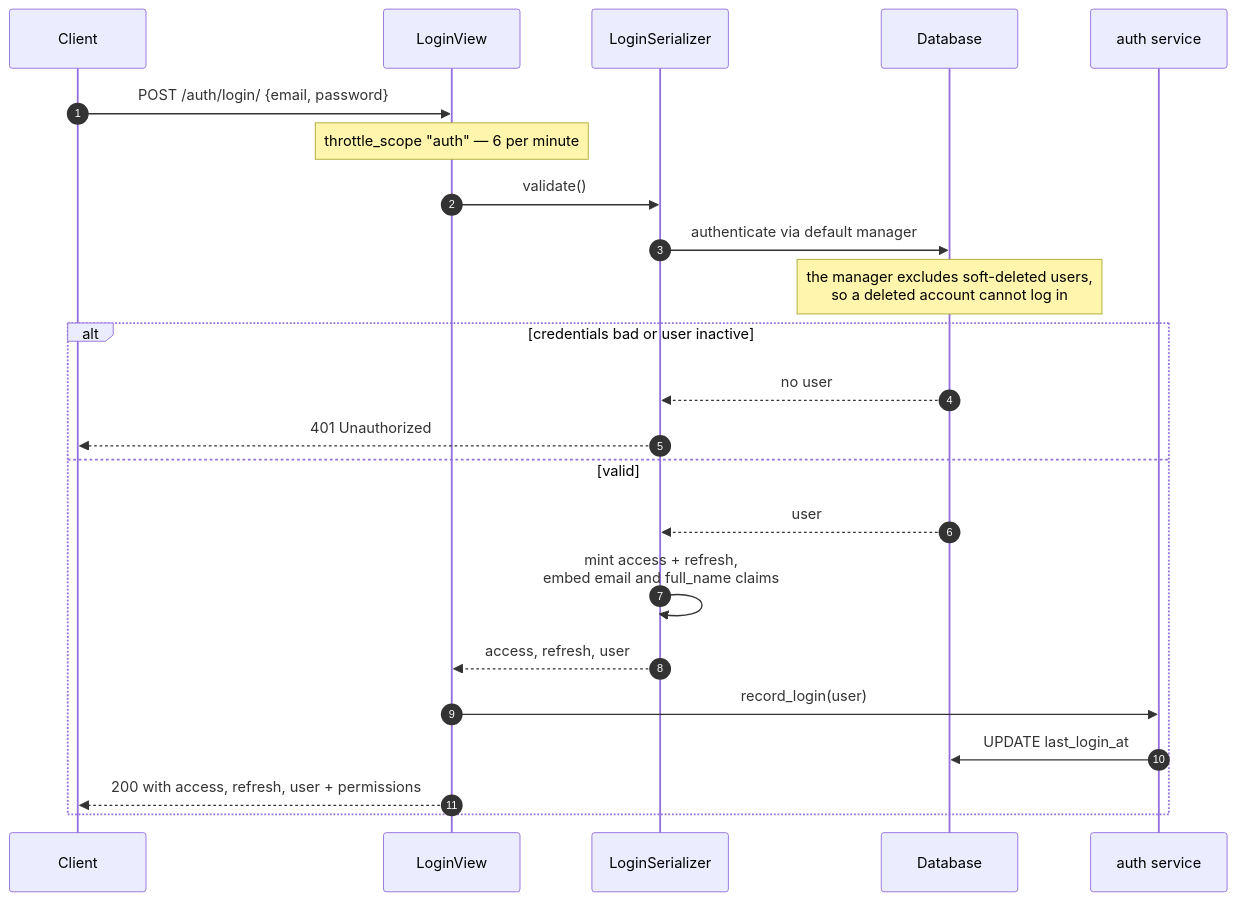
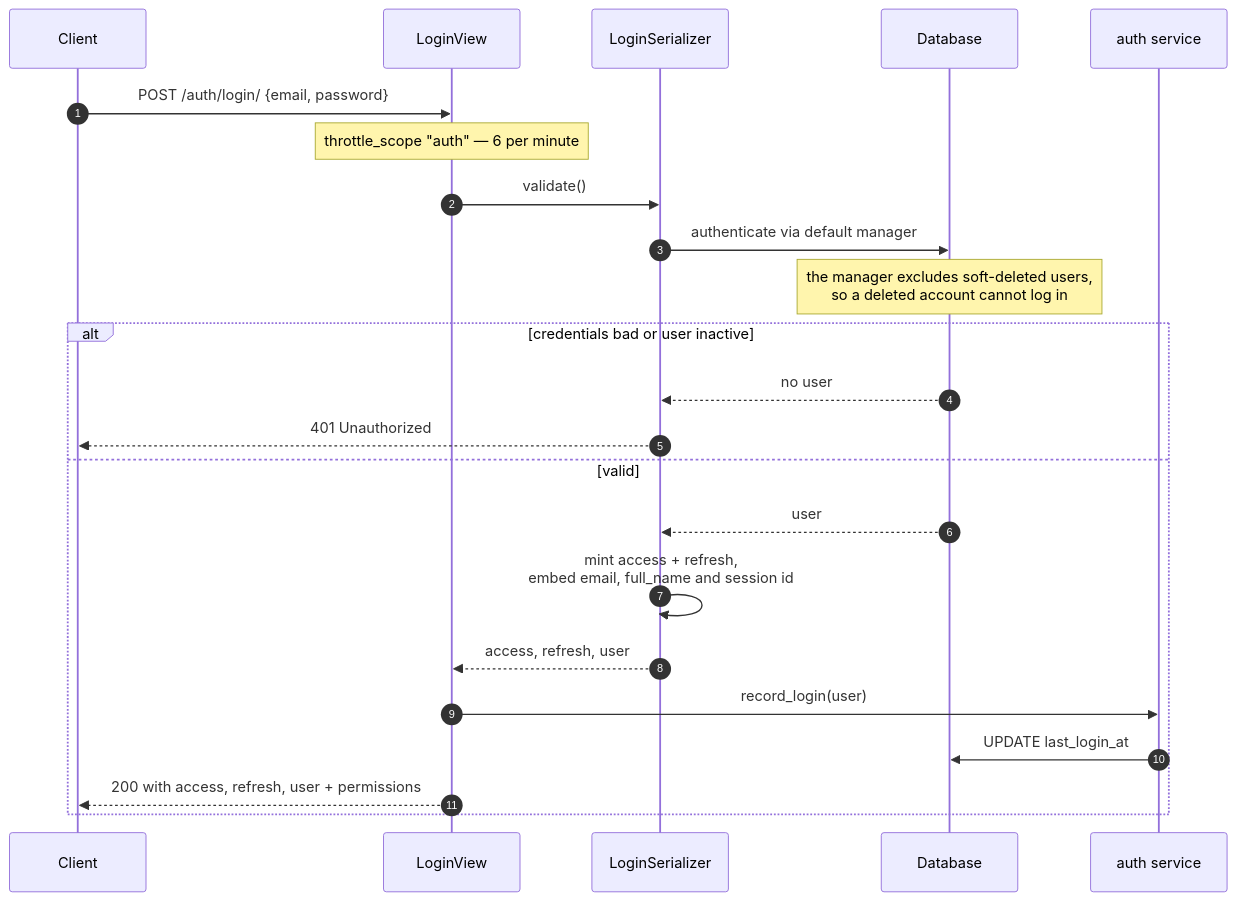
Before and after one commit to TGCTZ/TGC-SERVICE-BACKEND: the second of 8 diagrams in docs/diagrams/authentication.md, drawn with Mermaid. The commit also changed other lines of this file and 28 other files, not shown here.

````diff
--- a/docs/diagrams/authentication.md
+++ b/docs/diagrams/authentication.md
@@ -29,26 +29,26 @@
 ```mermaid
 sequenceDiagram
     autonumber
     participant C as Client
     participant V as LoginView
     participant S as LoginSerializer
     participant DB as Database
     participant A as auth service
 
     C->>V: POST /auth/login/ {email, password}
     Note over V: throttle_scope "auth" — 6 per minute
     V->>S: validate()
     S->>DB: authenticate via default manager
     Note over DB: the manager excludes soft-deleted users,<br/>so a deleted account cannot log in
     alt credentials bad or user inactive
         DB-->>S: no user
         S-->>C: 401 Unauthorized
     else valid
         DB-->>S: user
-        S->>S: mint access + refresh,<br/>embed email and full_name claims
+        S->>S: mint access + refresh,<br/>embed email, full_name and session id
         S-->>V: access, refresh, user
         V->>A: record_login(user)
         A->>DB: UPDATE last_login_at
         V-->>C: 200 with access, refresh, user + permissions
     end
 ```
````
